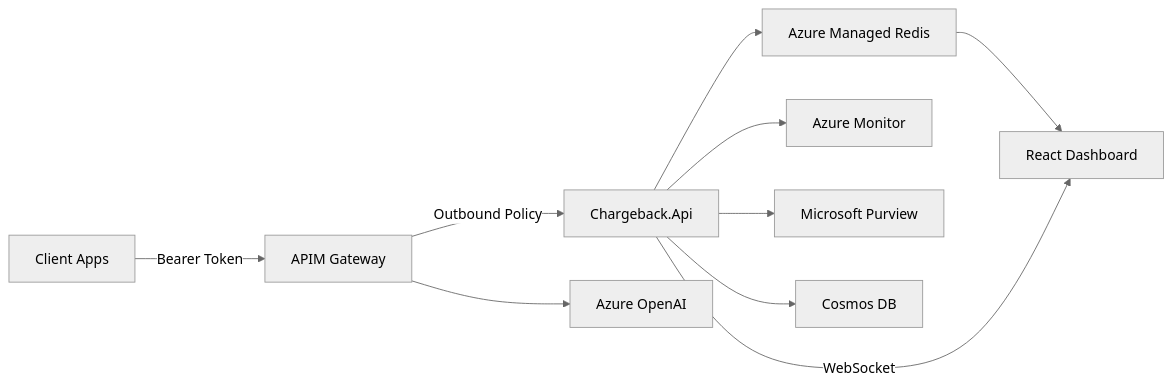
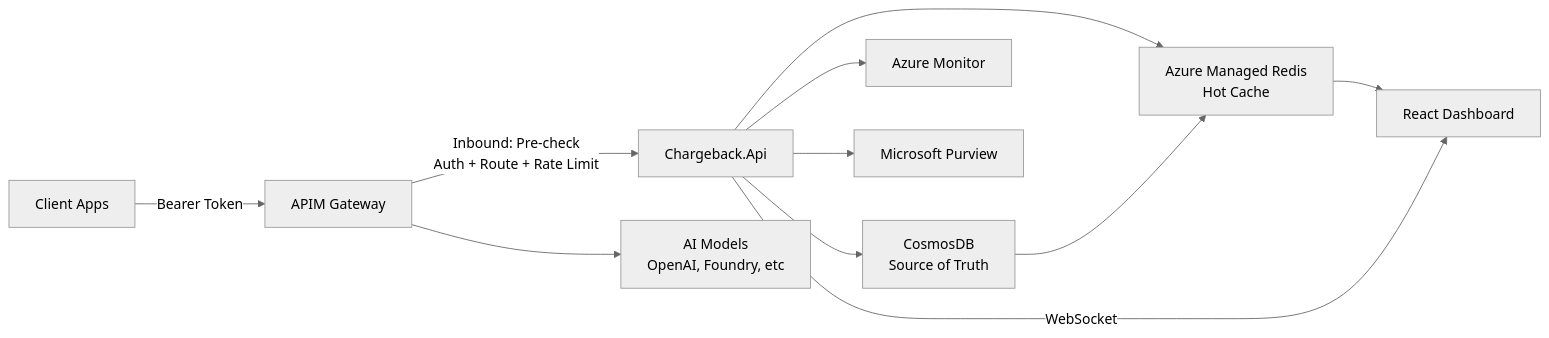
Before and after one commit to seiggy/ai-policy-engine: the diagram in README.md, drawn with Mermaid (neutral theme). The commit also changed other lines of this file and 103 other files, not shown here.

First line of the commit message:
feat: Model routing, multiplier pricing, CosmosDB source of truth

````diff
--- a/README.md
+++ b/README.md
@@ -110,12 +125,13 @@
 ```mermaid
 graph LR
     A[Client Apps] -->|Bearer Token| B[APIM Gateway]
-    B -->|Outbound Policy| C[Chargeback.Api]
-    B --> D[Azure OpenAI]
-    C --> E[Azure Managed Redis]
-    C --> F[Azure Monitor]
-    C --> G[Microsoft Purview]
-    C --> I[Cosmos DB]
-    E --> H[React Dashboard]
-    C -->|WebSocket| H
+    B -->|Inbound: Pre-check<br/>Auth + Route + Rate Limit| C[Chargeback.Api]
+    B --> D[AI Models<br/>OpenAI, Foundry, etc]
+    C --> E[Azure Managed Redis<br/>Hot Cache]
+    C --> F[CosmosDB<br/>Source of Truth]
+    C --> G[Azure Monitor]
+    C --> H[Microsoft Purview]
+    F --> E
+    E --> I[React Dashboard]
+    C -->|WebSocket| I
 ```
````
